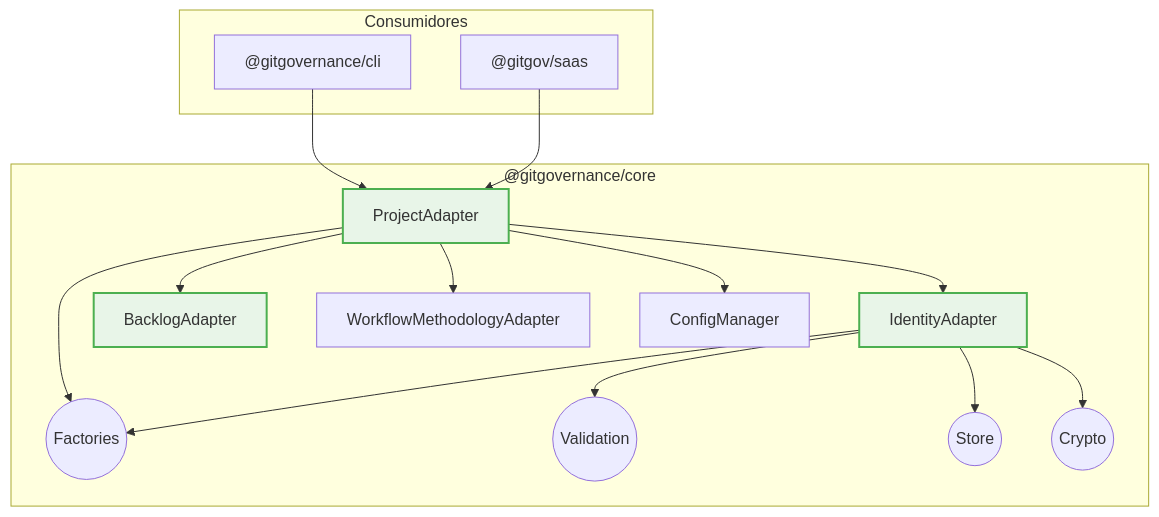
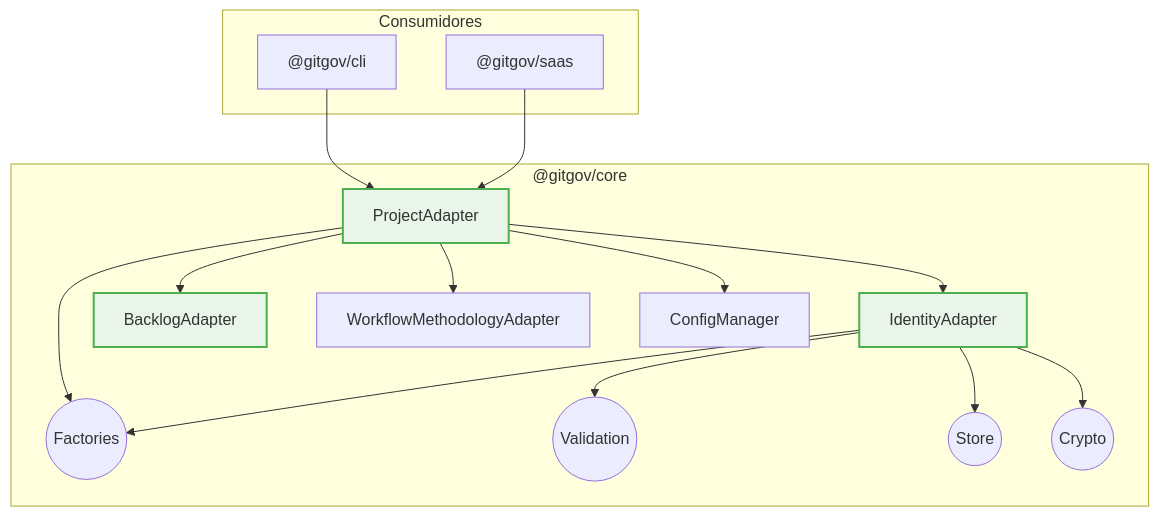
The diagram in packages/core/README.md (gitgovernance/monorepo), drawn with Mermaid before and after one commit. The commit also changed other lines of this file and 3 other files, not shown here.

````diff
--- a/packages/core/README.md
+++ b/packages/core/README.md
@@ -145,26 +132,26 @@
 ```mermaid
 graph TD
-    subgraph "@gitgovernance/core"
+    subgraph "@gitgov/core"
         PA[ProjectAdapter] --> IA[IdentityAdapter];
         PA --> BA[BacklogAdapter];
         PA --> WMA[WorkflowMethodologyAdapter];
         PA --> CM[ConfigManager];
         PA --> F((Factories));
         IA --> F;
         IA --> V((Validation));
         IA --> S((Store));
         IA --> CR((Crypto));
     end
 
     subgraph "Consumidores"
-        CLI["@gitgovernance/cli"]
+        CLI["@gitgov/cli"]
         SAAS["@gitgov/saas"]
     end
 
     CLI --> PA;
     SAAS --> PA;
 
     style PA fill:#e8f5e8,stroke:#4caf50,stroke-width:2px
     style IA fill:#e8f5e8,stroke:#4caf50,stroke-width:2px
     style BA fill:#e8f5e8,stroke:#4caf50,stroke-width:2px
 ```
````
